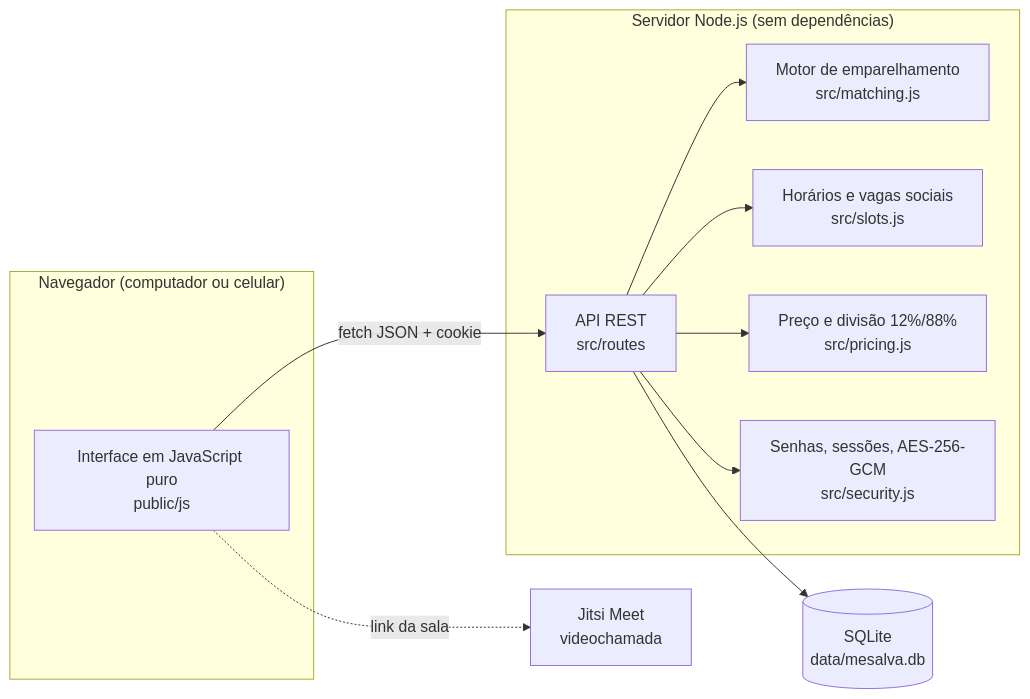
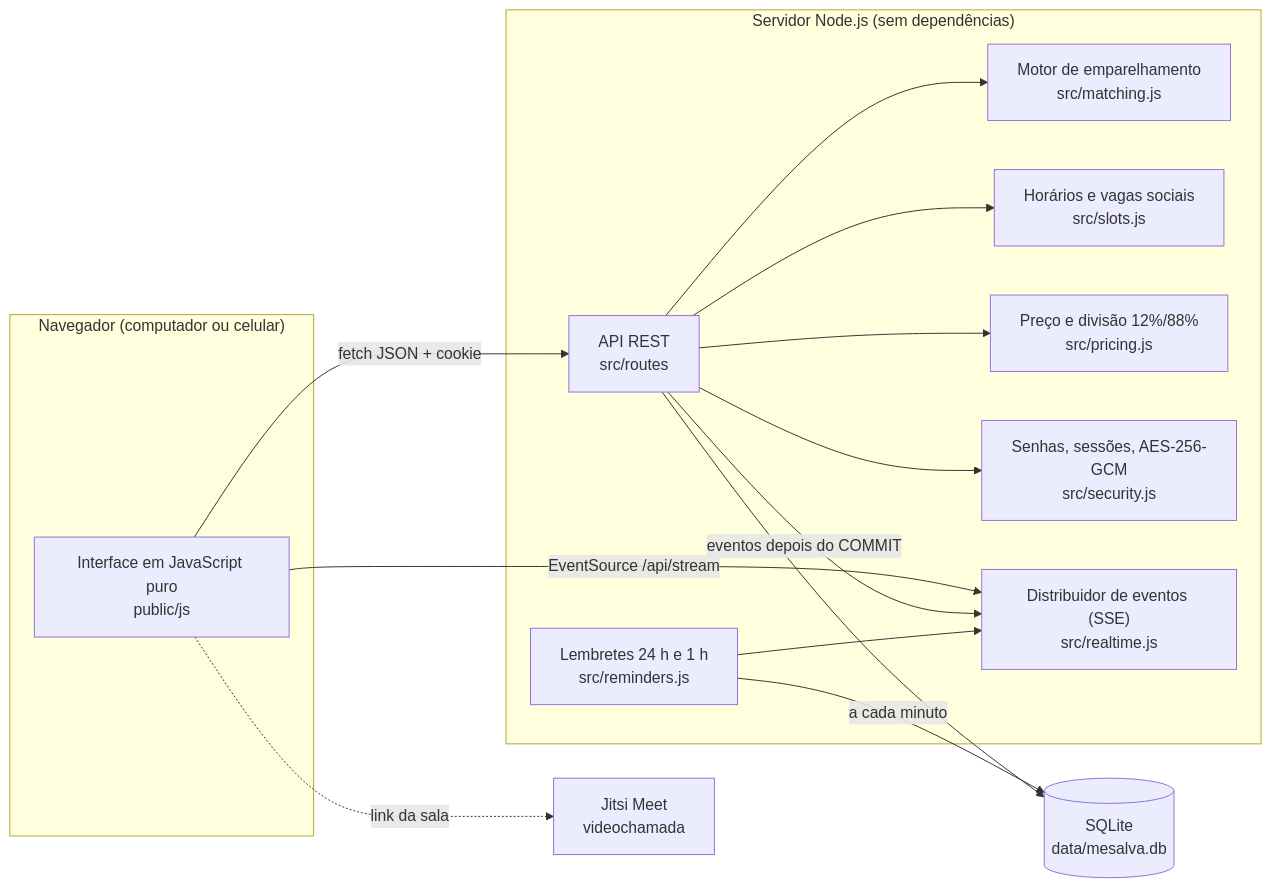
One commit to andreprtl/me-salva changed the diagram in README.md. Above: the diagram before and after it, drawn with Mermaid. The commit also changed other lines of this file and 4 other files, not shown here.

````diff
--- a/README.md
+++ b/README.md
@@ -94,19 +102,25 @@
 ```mermaid
 flowchart LR
   subgraph Navegador["Navegador (computador ou celular)"]
     UI["Interface em JavaScript puro<br/>public/js"]
   end
   subgraph Servidor["Servidor Node.js (sem dependências)"]
     API["API REST<br/>src/routes"]
     M["Motor de emparelhamento<br/>src/matching.js"]
     SL["Horários e vagas sociais<br/>src/slots.js"]
     PR["Preço e divisão 12%/88%<br/>src/pricing.js"]
     SEC["Senhas, sessões, AES-256-GCM<br/>src/security.js"]
+    RT["Distribuidor de eventos (SSE)<br/>src/realtime.js"]
+    REM["Lembretes 24 h e 1 h<br/>src/reminders.js"]
   end
   DB[("SQLite<br/>data/mesalva.db")]
   V["Jitsi Meet<br/>videochamada"]
   UI -- "fetch JSON + cookie" --> API
+  UI -- "EventSource /api/stream" --> RT
   API --> M & SL & PR & SEC
   API --> DB
+  API -- "eventos depois do COMMIT" --> RT
+  REM -- "a cada minuto" --> DB
+  REM --> RT
   UI -. link da sala .-> V
 ```
````
